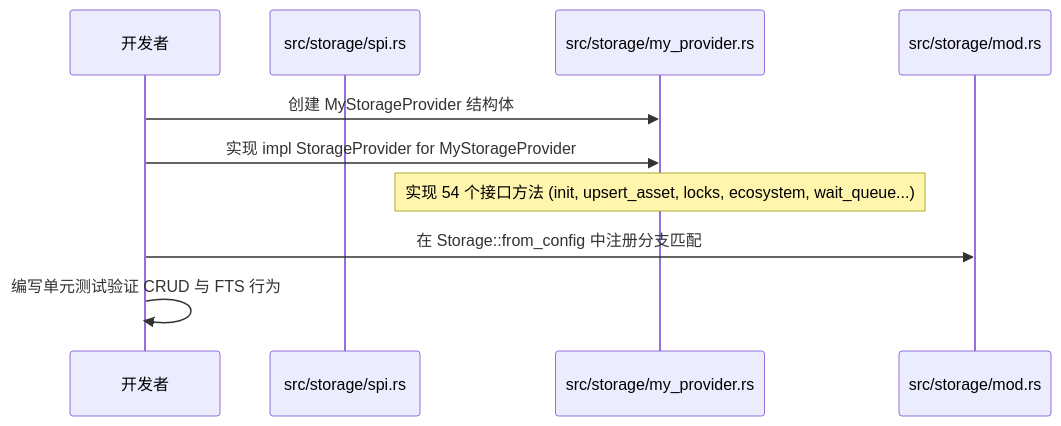
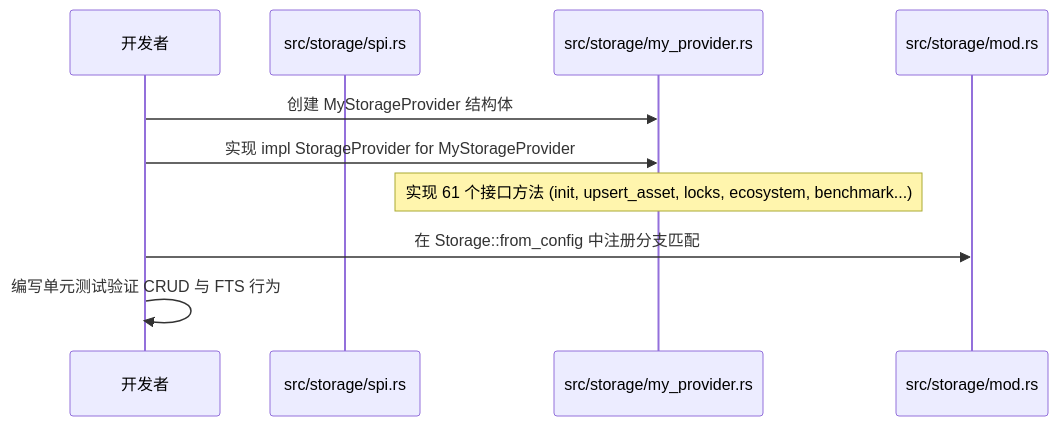
One commit to digoal/agent-body changed the second of 2 diagrams in arch/02-for-developers.md. Above: the diagram before and after it, drawn with Mermaid. The commit also changed other lines of this file and 25 other files, not shown here.

````diff
--- a/arch/02-for-developers.md
+++ b/arch/02-for-developers.md
@@ -154,13 +156,13 @@
 ```mermaid
 sequenceDiagram
     participant Dev as 开发者
     participant SPI as src/storage/spi.rs
     participant Impl as src/storage/my_provider.rs
     participant Facade as src/storage/mod.rs
 
     Dev->>Impl: 创建 MyStorageProvider 结构体
     Dev->>Impl: 实现 impl StorageProvider for MyStorageProvider
-    Note over Impl: 实现 54 个接口方法 (init, upsert_asset, locks, ecosystem, wait_queue...)
+    Note over Impl: 实现 61 个接口方法 (init, upsert_asset, locks, ecosystem, benchmark...)
     Dev->>Facade: 在 Storage::from_config 中注册分支匹配
     Dev->>Dev: 编写单元测试验证 CRUD 与 FTS 行为
 ```
````
